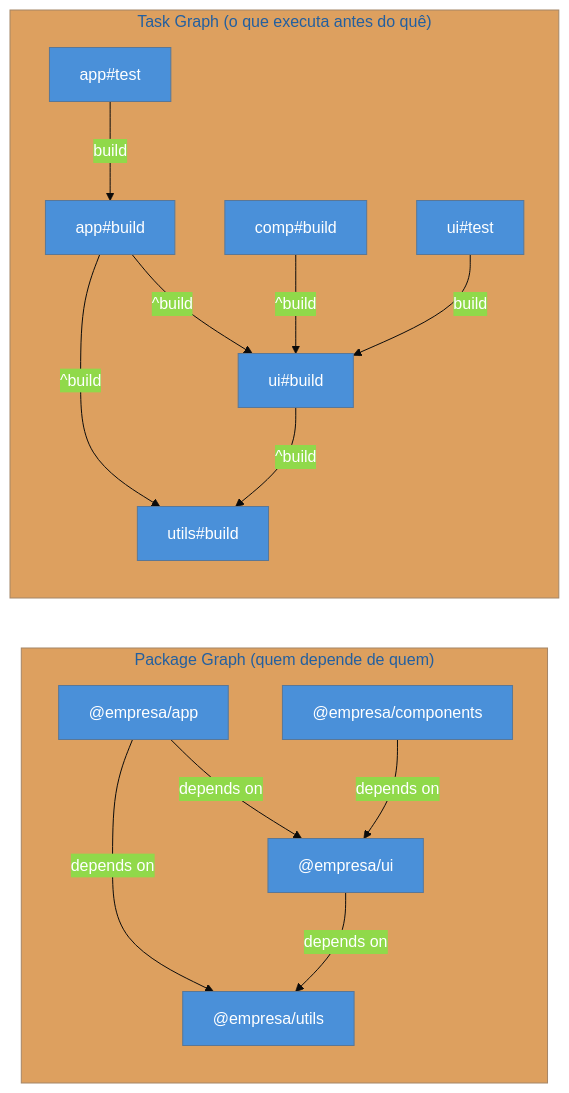
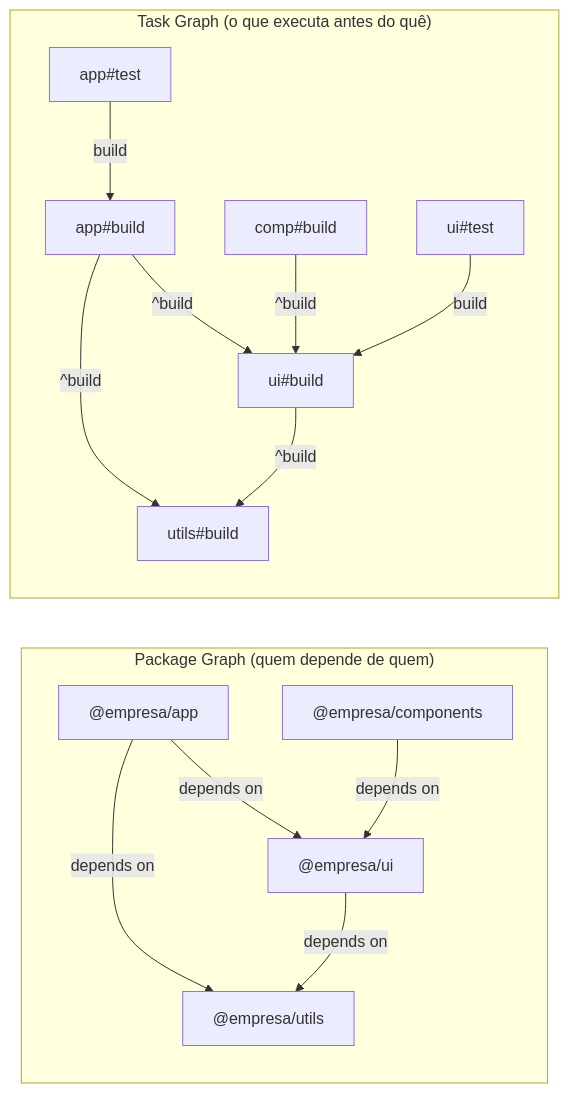
One commit to josenaldo/codex-technomanticus changed the fourth of 7 diagrams in 03-Dominios/Tecnologia/Tooling e Build/21 - Monorepos - workspaces, Turborepo, Nx e changesets.md. Above: the diagram before and after it, drawn with Mermaid. The commit also changed other lines of this file and 1181 other files, not shown here.

First line of the commit message:
fix(diagramas): paleta do sistema no lugar de cor cravada no markdown

````diff
--- a/03-Dominios/Tecnologia/Tooling e Build/21 - Monorepos - workspaces, Turborepo, Nx e changesets.md
+++ b/03-Dominios/Tecnologia/Tooling e Build/21 - Monorepos - workspaces, Turborepo, Nx e changesets.md
@@ -427,29 +427,28 @@
 ```mermaid
-%%{init: {"theme": "base", "themeVariables": {"primaryColor": "#4A90D9", "primaryTextColor": "#fff"}}}%%
 graph LR
     subgraph "Package Graph (quem depende de quem)"
         UI["@empresa/ui"]
         UTILS["@empresa/utils"]
         APP["@empresa/app"]
         COMP["@empresa/components"]
         UI -->|"depends on"| UTILS
         APP -->|"depends on"| UI
         APP -->|"depends on"| UTILS
         COMP -->|"depends on"| UI
     end
 
     subgraph "Task Graph (o que executa antes do quê)"
         B_UTILS["utils#build"]
         B_UI["ui#build"]
         B_APP["app#build"]
         B_COMP["comp#build"]
         T_UI["ui#test"]
         T_APP["app#test"]
         B_UI -->|"^build"| B_UTILS
         B_APP -->|"^build"| B_UI
         B_APP -->|"^build"| B_UTILS
         B_COMP -->|"^build"| B_UI
         T_UI -->|"build"| B_UI
         T_APP -->|"build"| B_APP
     end
 ```
````
